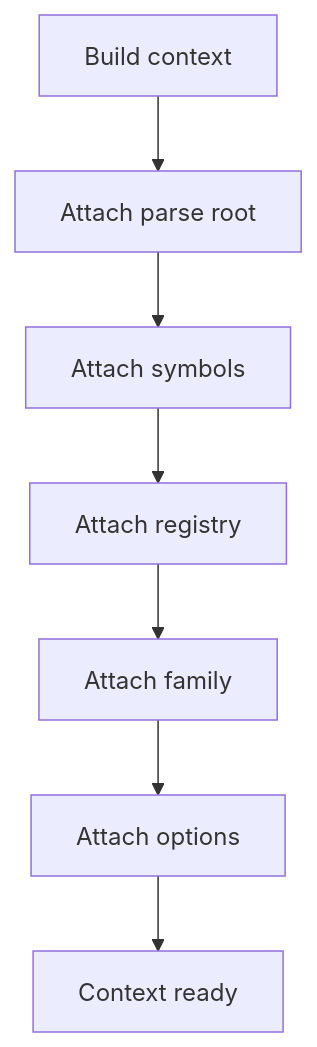
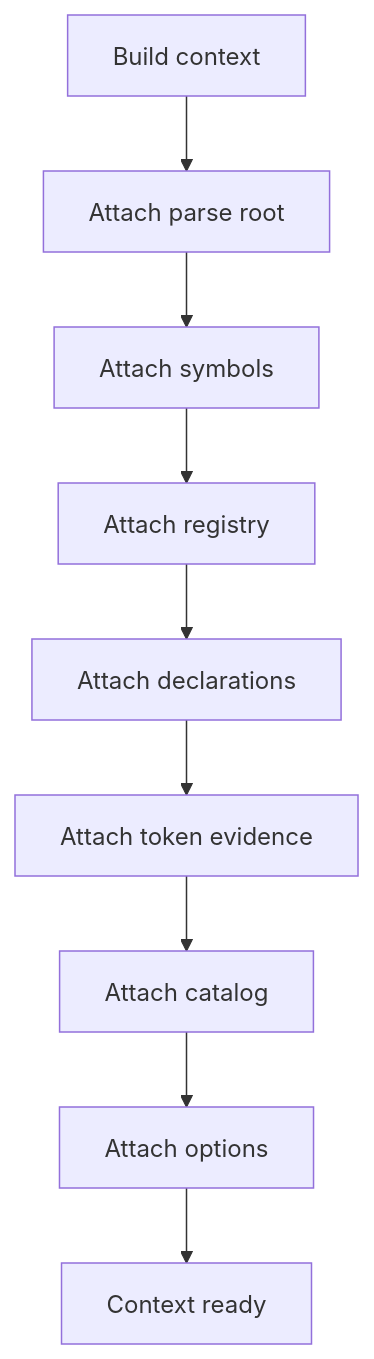
One commit to JohnAndrewBalbarosa/NeoTerritory changed the first of 2 diagrams in docs/Codebase/Microservice/Modules/Source/Analysis/Patterns/Middleman/Context/pattern_context.cpp.md. Above: the diagram before and after it, drawn with Mermaid. The commit also changed other lines of this file and 182 other files, not shown here.

````diff
--- a/docs/Codebase/Microservice/Modules/Source/Analysis/Patterns/Middleman/Context/pattern_context.cpp.md
+++ b/docs/Codebase/Microservice/Modules/Source/Analysis/Patterns/Middleman/Context/pattern_context.cpp.md
@@ -10,16 +10,20 @@
 ```mermaid
 flowchart TD
     Start["Build context"]
     N0["Attach parse root"]
     N1["Attach symbols"]
     N2["Attach registry"]
-    N3["Attach family"]
-    N4["Attach options"]
+    N3["Attach declarations"]
+    N4["Attach token evidence"]
+    N5["Attach catalog"]
+    N6["Attach options"]
     End["Context ready"]
     Start --> N0
     N0 --> N1
     N1 --> N2
     N2 --> N3
     N3 --> N4
-    N4 --> End
+    N4 --> N5
+    N5 --> N6
+    N6 --> End
 ```
````
